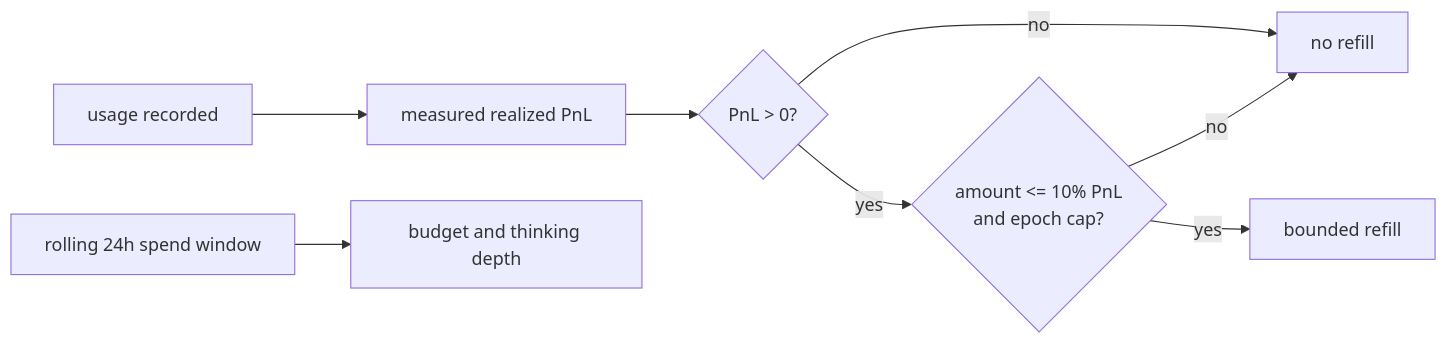
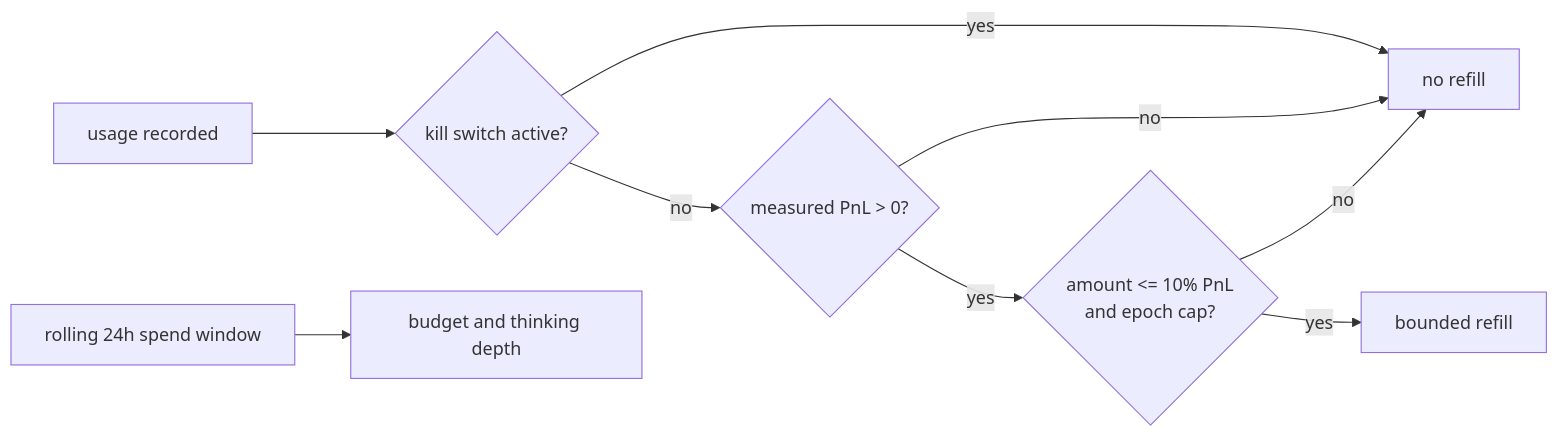
One commit to hcross/robotrader changed the diagram in openspec/changes/fix-costguard-python-gate/proposal.md. Above: the diagram before and after it, drawn with Mermaid. The commit also changed other lines of this file and 7 other files, not shown here.

````diff
--- a/openspec/changes/fix-costguard-python-gate/proposal.md
+++ b/openspec/changes/fix-costguard-python-gate/proposal.md
@@ -12,10 +12,11 @@
 ```mermaid
 flowchart LR
-  A["usage recorded"] --> B["measured realized PnL"]
-  B --> C{"PnL > 0?"}
-  C -- no --> D["no refill"]
+  A["usage recorded"] --> K{"kill switch active?"}
+  K -- yes --> D["no refill"]
+  K -- no --> C{"measured PnL > 0?"}
+  C -- no --> D
   C -- yes --> E{"amount <= 10% PnL<br/>and epoch cap?"}
   E -- no --> D
   E -- yes --> F["bounded refill"]
   G["rolling 24h spend window"] --> H["budget and thinking depth"]
 ```
````
